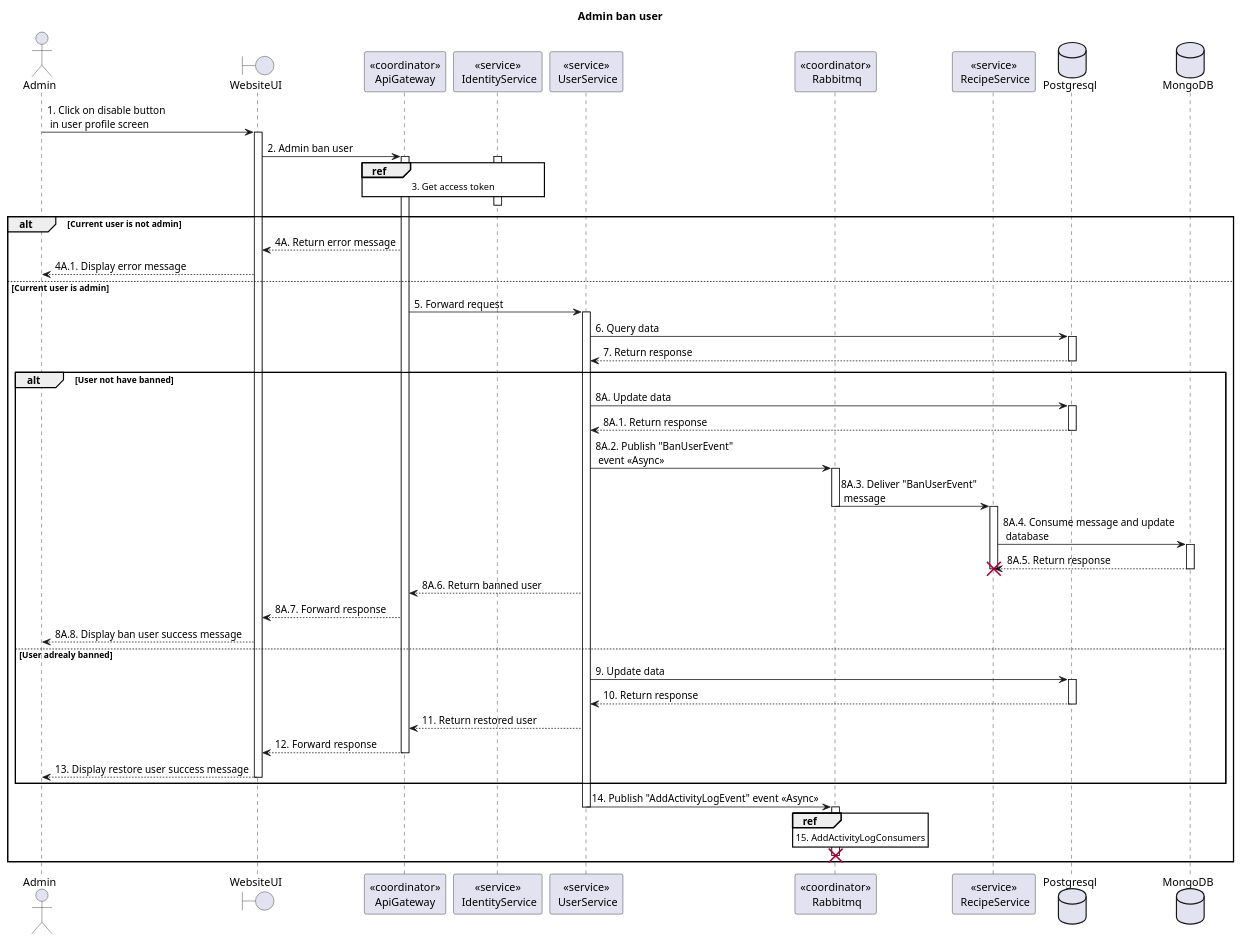
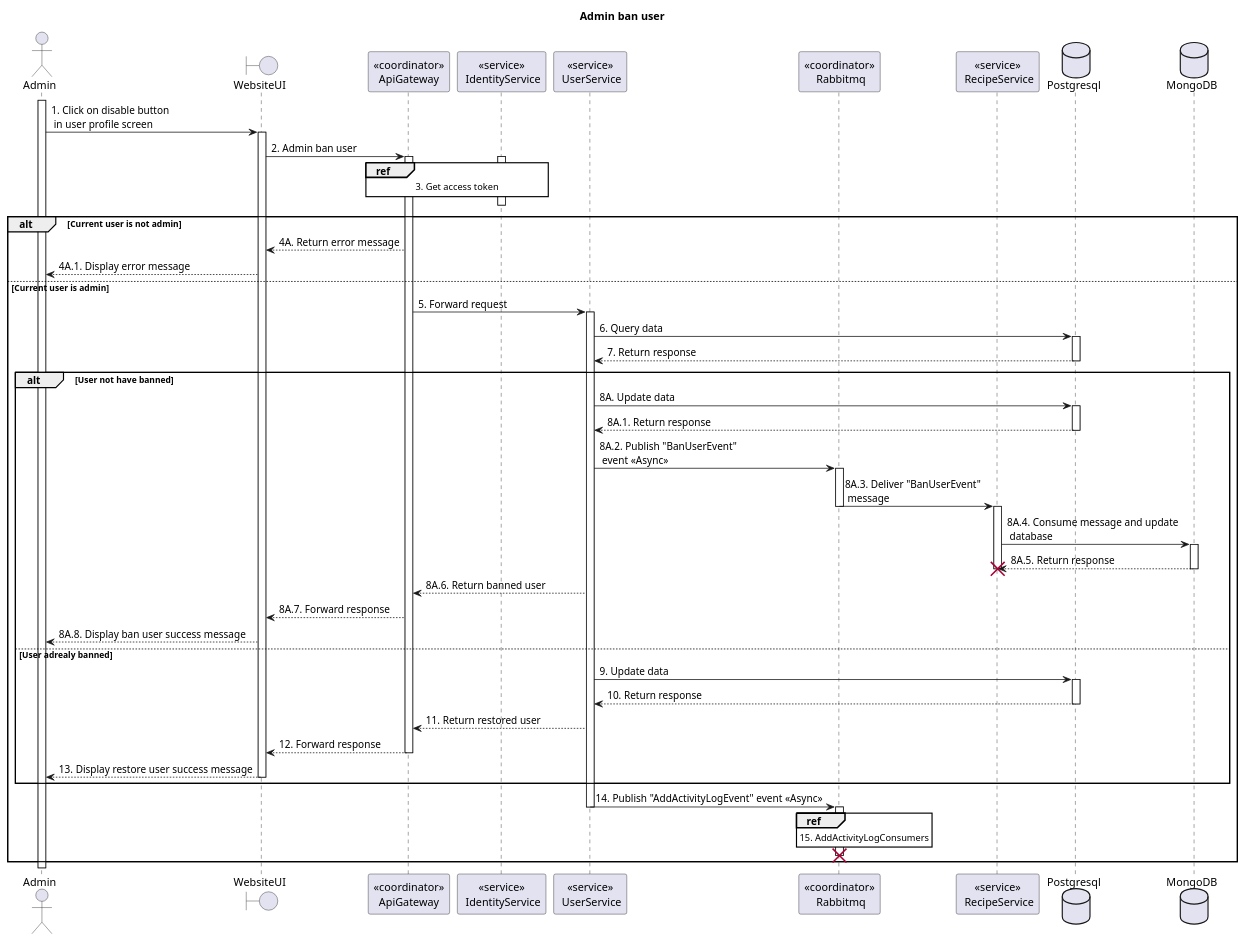
Before and after one commit to Carl-Johnsons/tastopia: the diagram in doc/SDS/User/Admin ban user/Sequence.plantuml, drawn with PlantUML. The commit also changed 50 other files, not shown here.

```diff
--- a/doc/SDS/User/Admin ban user/Sequence.plantuml
+++ b/doc/SDS/User/Admin ban user/Sequence.plantuml
@@ -1,69 +1,71 @@
 @startuml Sequence
 title "Admin ban user"
 
 ' Style section
 <style>
   sequenceDiagram {
     reference {
       BackGroundColor white
     }
 }
 </style>
 
 actor Admin
+activate Admin
+
 boundary WebsiteUI
 participant "<<coordinator>>\nApiGateway" as ApiGateway
 participant "<<service>>\n IdentityService" as IdentityService
 participant "<<service>>\n UserService" as UserService
 participant "<<coordinator>>\n Rabbitmq" as Rabbitmq
 participant "<<service>>\n RecipeService" as RecipeService
 database Postgresql
 database MongoDB
 
 Admin -> WebsiteUI ++: 1. Click on disable button \n in user profile screen
 WebsiteUI -> ApiGateway ++: 2. Admin ban user
 
 activate IdentityService
 ref over ApiGateway, IdentityService: 3. Get access token
 ApiGateway -[hidden]-> IdentityService
 deactivate IdentityService
 
 alt Current user is not admin
     WebsiteUI <-- ApiGateway: 4A. Return error message
     Admin <-- WebsiteUI: 4A.1. Display error message
 else Current user is admin
     ApiGateway -> UserService ++: 5. Forward request
     UserService -> Postgresql++: 6. Query data
     UserService <-- Postgresql--: 7. Return response
     alt User not have banned
       UserService -> Postgresql++: 8A. Update data
       UserService <-- Postgresql--: 8A.1. Return response
       UserService -> Rabbitmq: 8A.2. Publish "BanUserEvent" \n event <<Async>>
       activate Rabbitmq
       Rabbitmq -> RecipeService: 8A.3. Deliver "BanUserEvent"\n message
       deactivate Rabbitmq
       activate RecipeService
       RecipeService -> MongoDB++: 8A.4. Consume message and update \n database
       RecipeService <-- MongoDB--: 8A.5. Return response
       deactivate RecipeService
       destroy RecipeService
       ApiGateway <-- UserService: 8A.6. Return banned user
       WebsiteUI <-- ApiGateway: 8A.7. Forward response
       Admin <-- WebsiteUI: 8A.8. Display ban user success message
     else User adrealy banned
       UserService -> Postgresql++: 9. Update data
       UserService <-- Postgresql--: 10. Return response
       ApiGateway <-- UserService: 11. Return restored user
       WebsiteUI <-- ApiGateway--: 12. Forward response
       Admin <-- WebsiteUI--: 13. Display restore user success message
     end alt
     UserService -> Rabbitmq: 14. Publish "AddActivityLogEvent" event <<Async>>
     deactivate UserService
     activate Rabbitmq
     ref over Rabbitmq: 15. AddActivityLogConsumers
     Rabbitmq -[hidden]> 
     destroy Rabbitmq
 end alt
 
 
 @enduml
```
